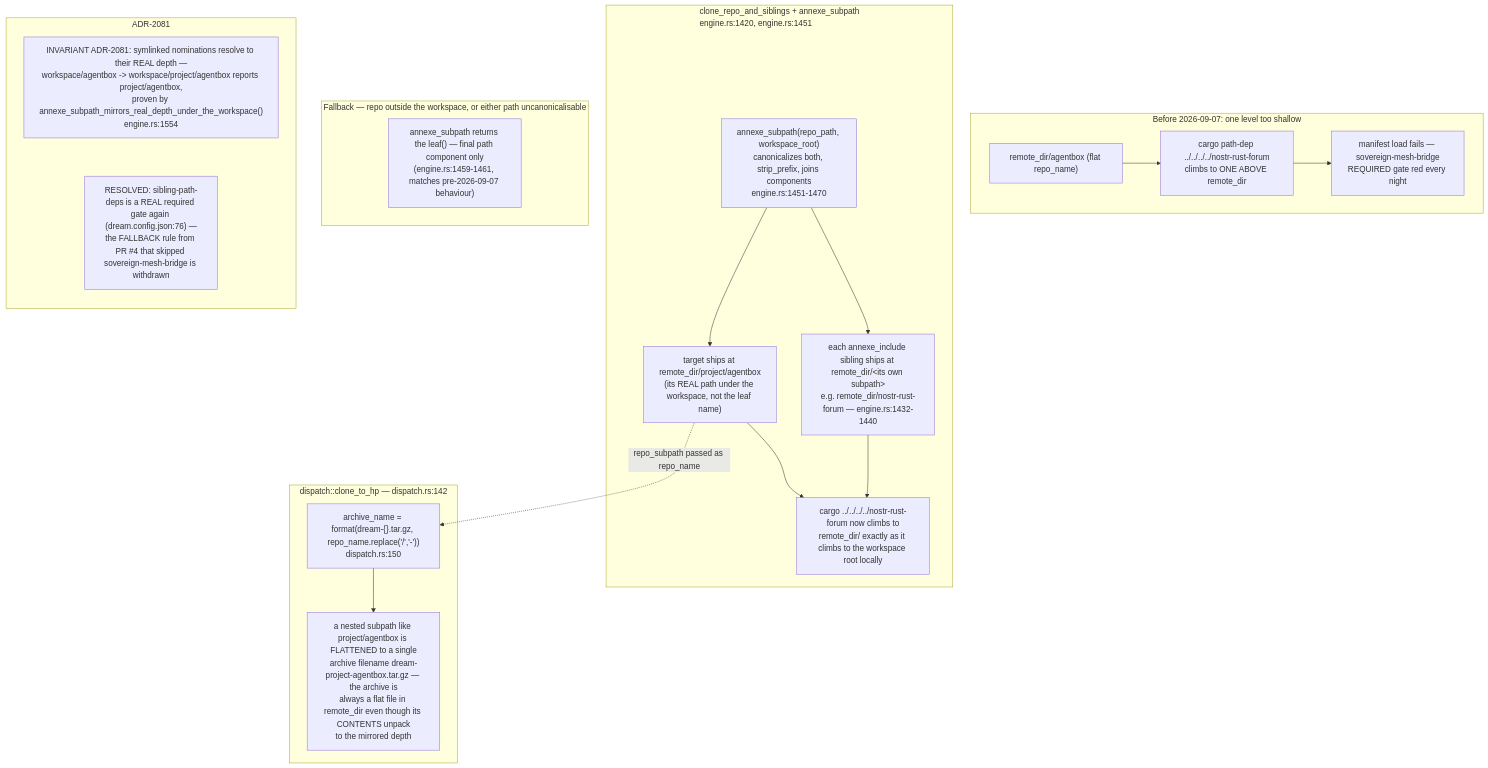
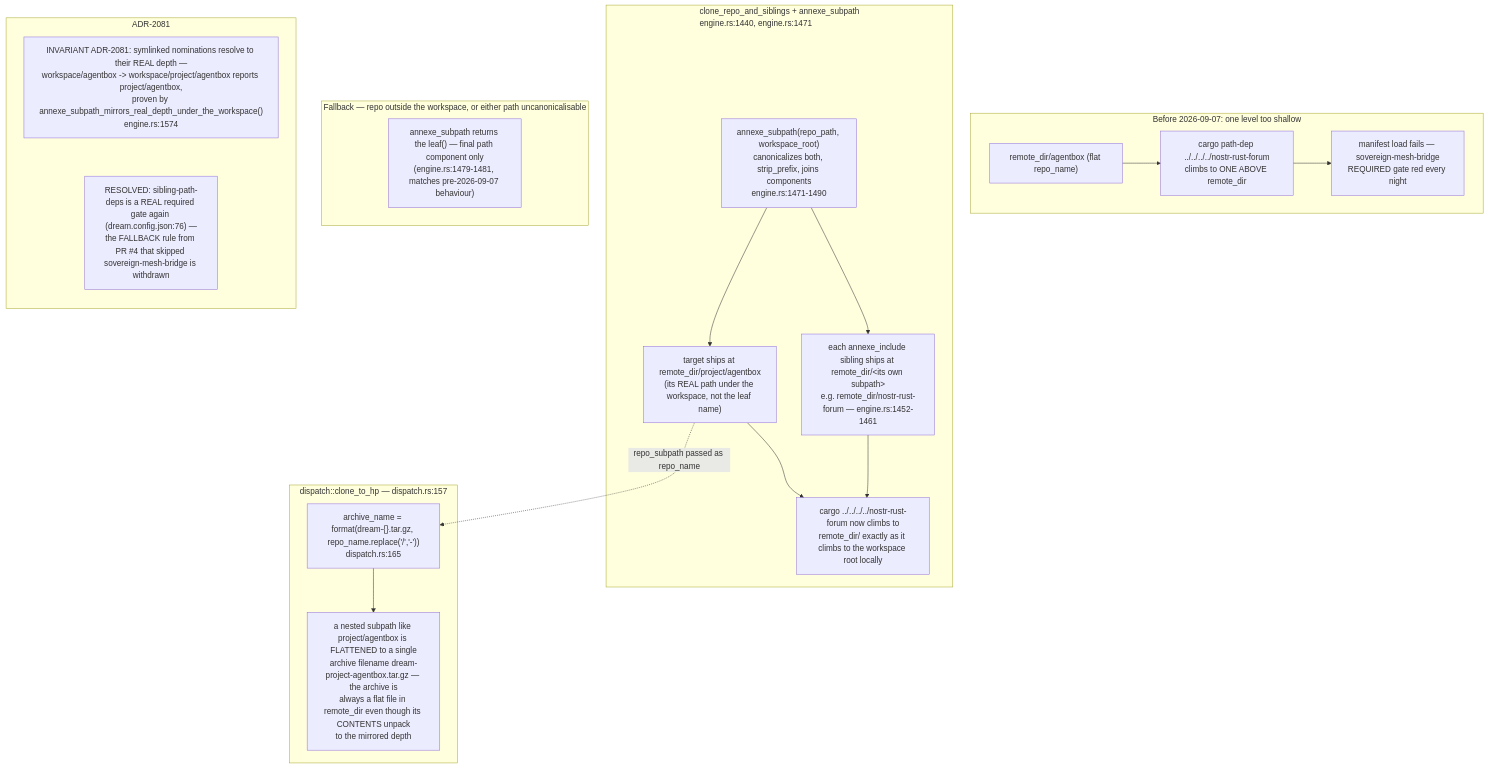
Diagram 11 of 16 in docs/diagrams/agentbox/23-dream-engine.md (DreamLab-AI/VisionFlow), drawn with Mermaid before and after one commit. The commit also changed other lines of this file and 28 other files, not shown here.

````diff
--- a/docs/diagrams/agentbox/23-dream-engine.md
+++ b/docs/diagrams/agentbox/23-dream-engine.md
@@ -555,34 +556,34 @@
 ```mermaid
 flowchart TB
     subgraph before["Before 2026-09-07: one level too shallow"]
         B1["remote_dir/agentbox #40;flat repo_name#41;"]
         B2["cargo path-dep ../../../../nostr-rust-forum<br/>climbs to ONE ABOVE remote_dir"]
         B3["manifest load fails — sovereign-mesh-bridge<br/>REQUIRED gate red every night"]
         B1 --> B2 --> B3
     end
-    subgraph after["clone_repo_and_siblings + annexe_subpath<br/>engine.rs:1420, engine.rs:1451"]
-        A1["annexe_subpath#40;repo_path, workspace_root#41;<br/>canonicalizes both, strip_prefix, joins components<br/>engine.rs:1451-1470"]
+    subgraph after["clone_repo_and_siblings + annexe_subpath<br/>engine.rs:1440, engine.rs:1471"]
+        A1["annexe_subpath#40;repo_path, workspace_root#41;<br/>canonicalizes both, strip_prefix, joins components<br/>engine.rs:1471-1490"]
         A2["target ships at remote_dir/project/agentbox<br/>#40;its REAL path under the workspace, not the leaf name#41;"]
-        A3["each annexe_include sibling ships at remote_dir/&lt;its own subpath&gt;<br/>e.g. remote_dir/nostr-rust-forum — engine.rs:1432-1440"]
+        A3["each annexe_include sibling ships at remote_dir/&lt;its own subpath&gt;<br/>e.g. remote_dir/nostr-rust-forum — engine.rs:1452-1461"]
         A4["cargo ../../../../nostr-rust-forum now climbs to<br/>remote_dir/ exactly as it climbs to the workspace root locally"]
         A1 --> A2
         A1 --> A3
         A2 --> A4
         A3 --> A4
     end
-    subgraph dispatch["dispatch::clone_to_hp — dispatch.rs:142"]
-        D1["archive_name = format#40;dream-{}.tar.gz, repo_name.replace#40;'/','-'#41;#41;<br/>dispatch.rs:150"]
+    subgraph dispatch["dispatch::clone_to_hp — dispatch.rs:157"]
+        D1["archive_name = format#40;dream-{}.tar.gz, repo_name.replace#40;'/','-'#41;#41;<br/>dispatch.rs:165"]
         D2["a nested subpath like project/agentbox is FLATTENED to a single<br/>archive filename dream-project-agentbox.tar.gz — the archive is<br/>always a flat file in remote_dir even though its CONTENTS unpack<br/>to the mirrored depth"]
         D1 --> D2
     end
     A2 -.->|"repo_subpath passed as repo_name"| D1
     subgraph fallback["Fallback — repo outside the workspace, or either path uncanonicalisable"]
-        F1["annexe_subpath returns the leaf#40;#41; — final path component only<br/>#40;engine.rs:1459-1461, matches pre-2026-09-07 behaviour#41;"]
+        F1["annexe_subpath returns the leaf#40;#41; — final path component only<br/>#40;engine.rs:1479-1481, matches pre-2026-09-07 behaviour#41;"]
     end
     subgraph notes["ADR-2081"]
         direction TB
-        N1["INVARIANT ADR-2081: symlinked nominations resolve to their REAL depth —<br/>workspace/agentbox -> workspace/project/agentbox reports project/agentbox,<br/>proven by annexe_subpath_mirrors_real_depth_under_the_workspace#40;#41;<br/>engine.rs:1554"]
+        N1["INVARIANT ADR-2081: symlinked nominations resolve to their REAL depth —<br/>workspace/agentbox -> workspace/project/agentbox reports project/agentbox,<br/>proven by annexe_subpath_mirrors_real_depth_under_the_workspace#40;#41;<br/>engine.rs:1574"]
         N2["RESOLVED: sibling-path-deps is a REAL required gate again (dream.config.json:76) —<br/>the FALLBACK rule from PR #4 that skipped sovereign-mesh-bridge is withdrawn"]
         N1 ~~~ N2
     end
 ```
````
